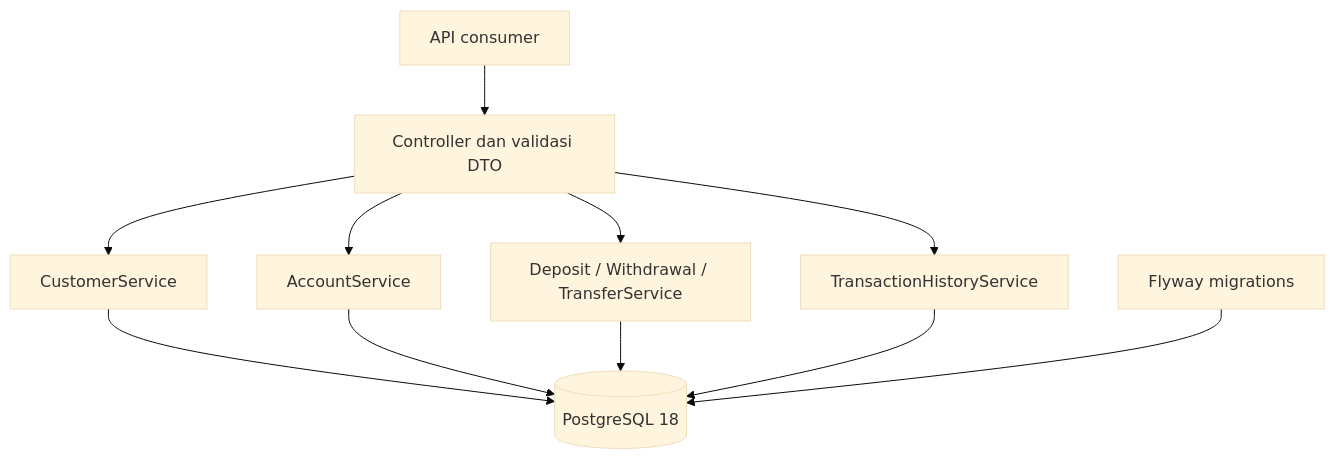
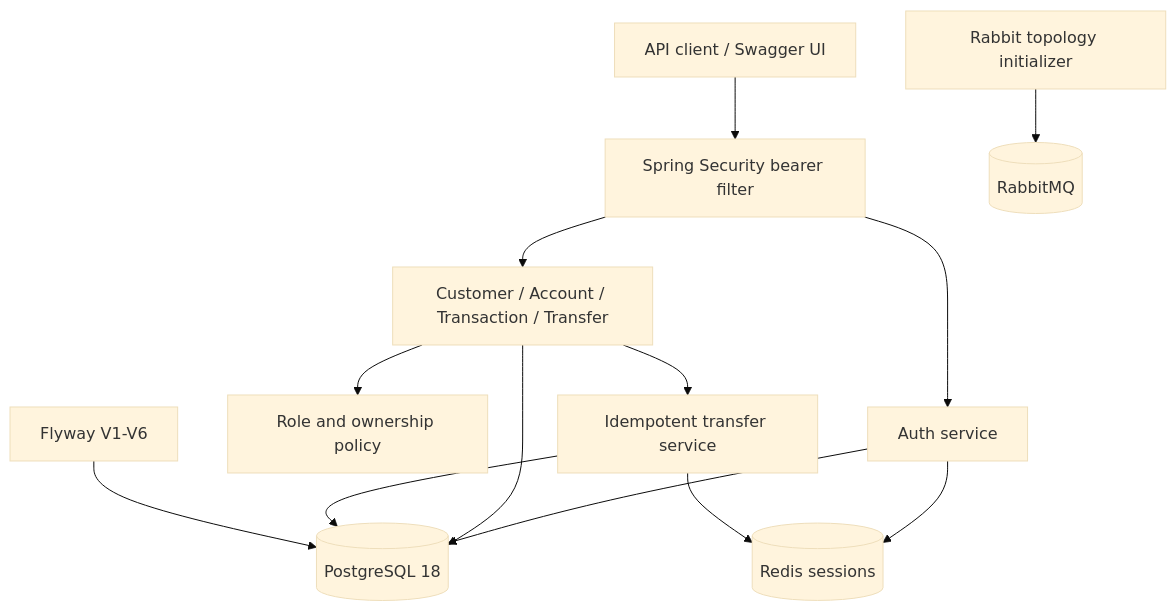
The diagram in docs/architecture.md (rizal15D/simulation-bank), drawn with Mermaid (base theme) before and after one commit. The commit also changed other lines of this file and 4 other files, not shown here.

````diff
--- a/docs/architecture.md
+++ b/docs/architecture.md
@@ -5,13 +5,15 @@
 ```mermaid
 flowchart TD
-    Client[API consumer] --> Controller[Controller dan validasi DTO]
-    Controller --> Customer[CustomerService]
-    Controller --> Account[AccountService]
-    Controller --> Money[Deposit / Withdrawal / TransferService]
-    Controller --> History[TransactionHistoryService]
-    Customer --> DB[(PostgreSQL 18)]
-    Account --> DB
-    Money --> DB
-    History --> DB
-    Flyway[Flyway migrations] --> DB
+    Client[API client / Swagger UI] --> Security[Spring Security bearer filter]
+    Security --> Auth[Auth service]
+    Security --> Banking[Customer / Account / Transaction / Transfer]
+    Auth --> PG[(PostgreSQL 18)]
+    Auth --> Redis[(Redis sessions)]
+    Banking --> Policy[Role and ownership policy]
+    Banking --> PG
+    Banking --> Idem[Idempotent transfer service]
+    Idem --> Redis
+    Idem --> PG
+    RabbitConfig[Rabbit topology initializer] --> Rabbit[(RabbitMQ)]
+    Flyway[Flyway V1-V6] --> PG
 ```
````
